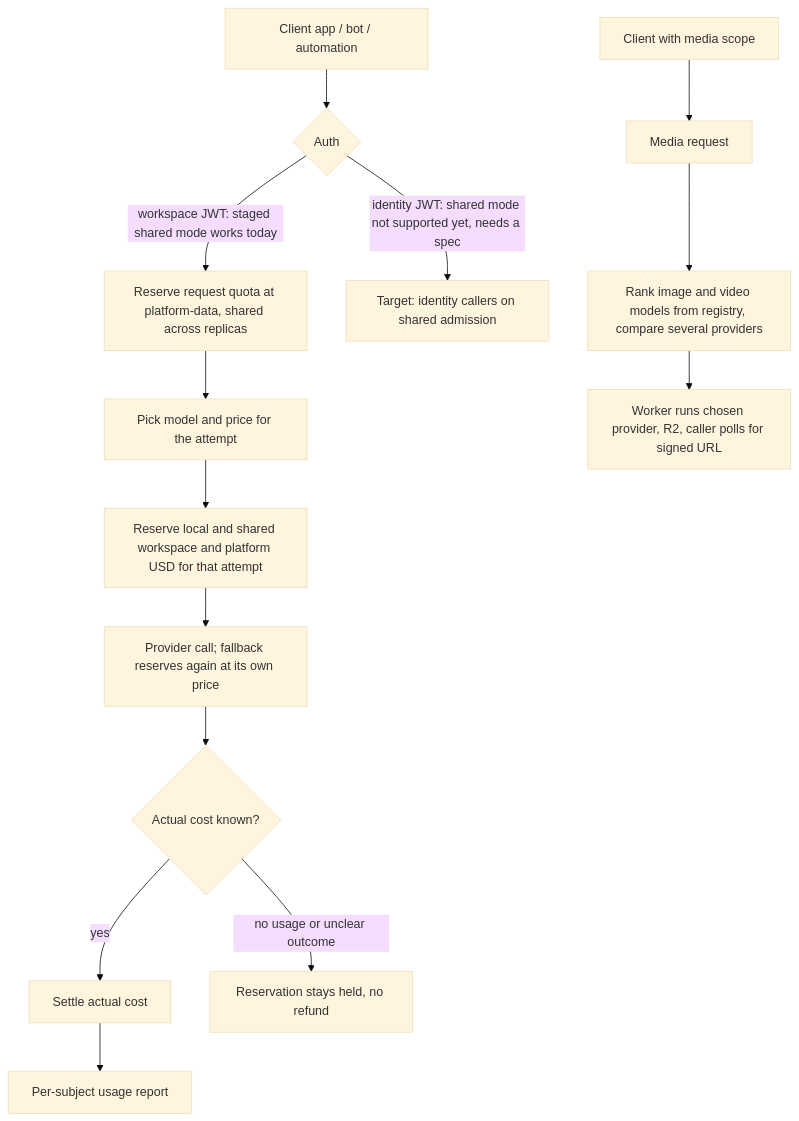
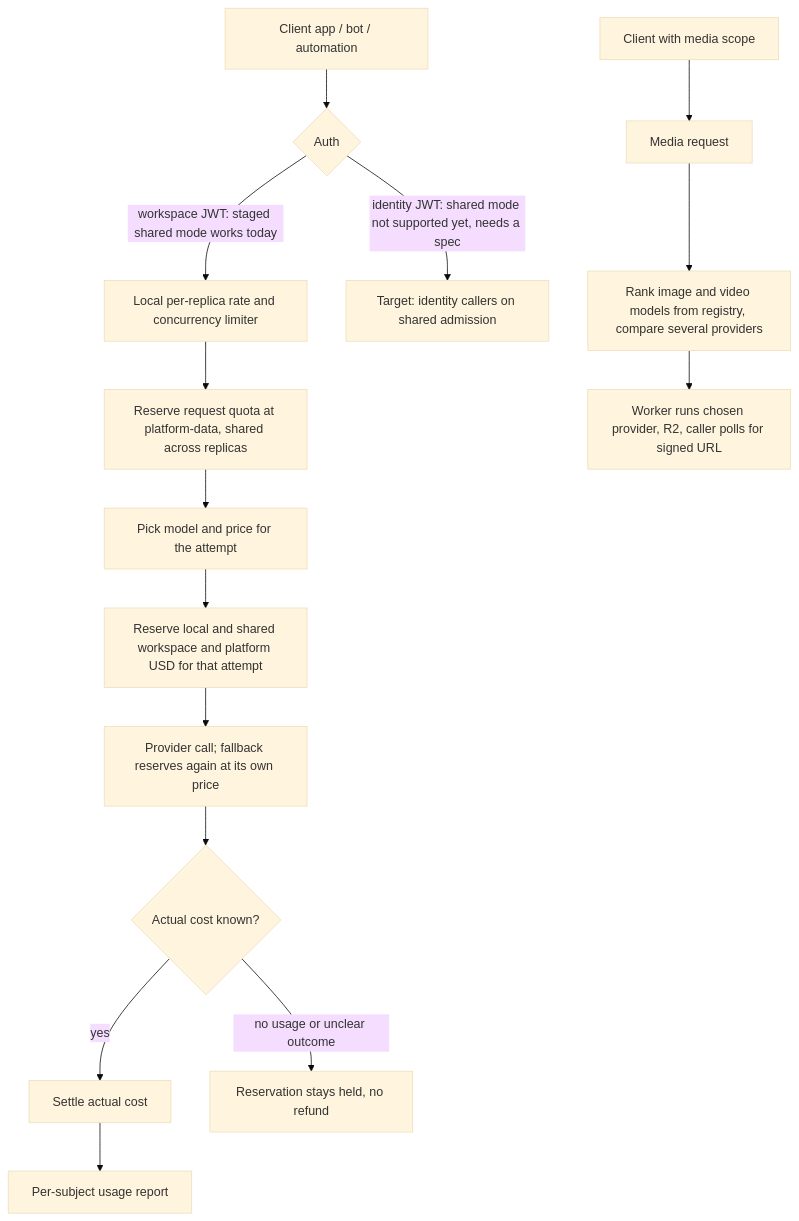
The second of 2 diagrams in docs/diagrams/01-business-process.md (bookchaowalit/platform-ai-gateway-api), drawn with Mermaid (base theme) before and after one commit. The commit also changed other lines of this file, not shown here.

Commit message:
docs(diagrams): body cap, budget config, privacy and fallback rules, provider errors, media checks and async queue

````diff
--- a/docs/diagrams/01-business-process.md
+++ b/docs/diagrams/01-business-process.md
@@ -47,16 +58,17 @@
 ```mermaid
 flowchart TD
   A["Client app / bot / automation"] --> B{"Auth"}
-  B -->|"workspace JWT: staged shared mode works today"| C["Reserve request quota at platform-data, shared across replicas"]
+  B -->|"workspace JWT: staged shared mode works today"| L0["Local per-replica rate and concurrency limiter"]
   B -->|"identity JWT: shared mode not supported yet, needs a spec"| Z["Target: identity callers on shared admission"]
+  L0 --> C["Reserve request quota at platform-data, shared across replicas"]
   C --> G["Pick model and price for the attempt"]
   G --> D["Reserve local and shared workspace and platform USD for that attempt"]
   D --> H["Provider call; fallback reserves again at its own price"]
   H --> K{"Actual cost known?"}
   K -->|"yes"| S["Settle actual cost"]
   K -->|"no usage or unclear outcome"| U["Reservation stays held, no refund"]
   S --> RPT["Per-subject usage report"]
   A2["Client with media scope"] --> N["Media request"]
   N --> R["Rank image and video models from registry, compare several providers"]
   R --> Q["Worker runs chosen provider, R2, caller polls for signed URL"]
 ```
````
